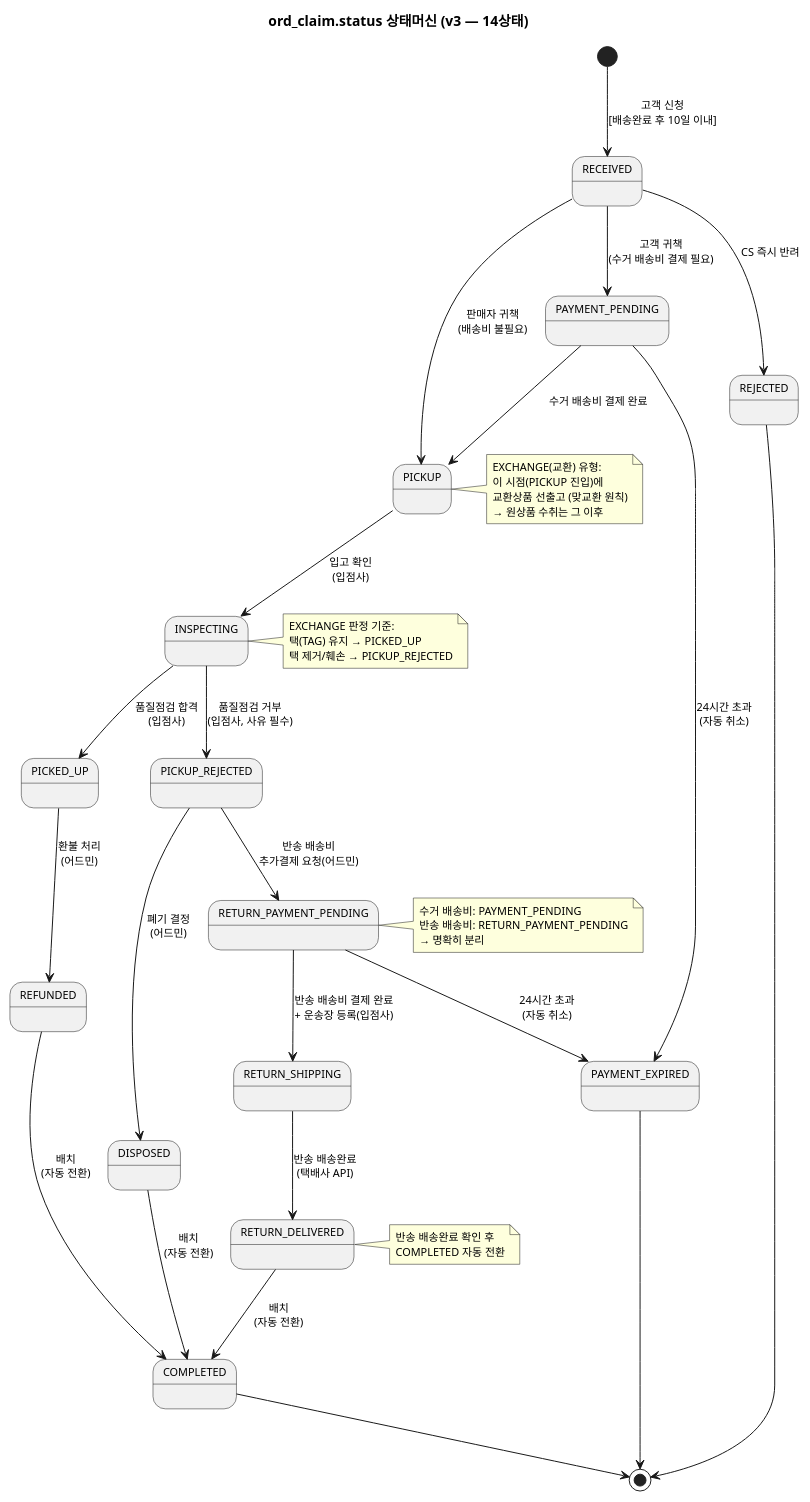
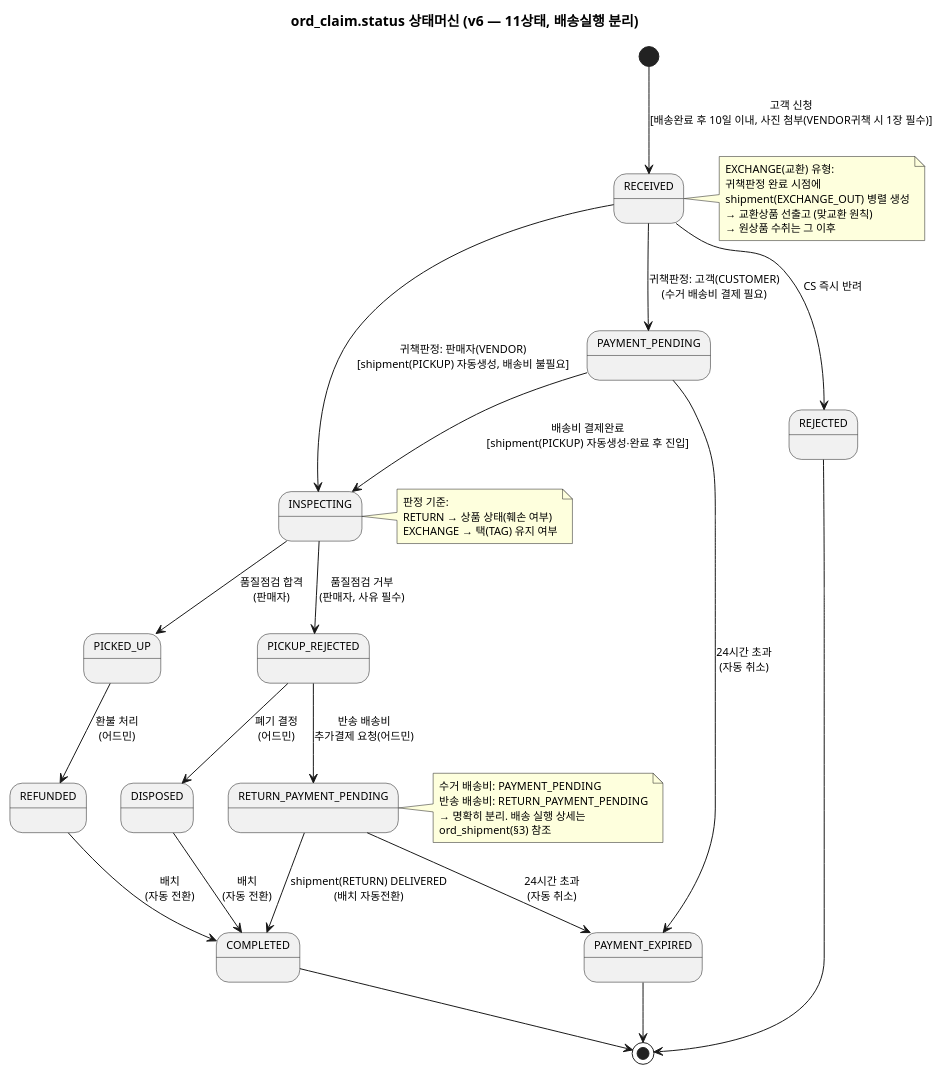
Before and after one commit to parknahyun/runNShop: the second of 3 diagrams in docs/자산화-단계별/S2-구조설계/10-상태머신(Order).md, drawn with PlantUML. The commit also changed other lines of this file and 14 other files, not shown here.

First line of the commit message:
docs: Order 배송/클레임 상태머신 배송실행 분리(v6) + 바텀업 재검증 2라운드

````diff
--- a/docs/자산화-단계별/S2-구조설계/10-상태머신(Order).md
+++ b/docs/자산화-단계별/S2-구조설계/10-상태머신(Order).md
@@ -154,64 +157,56 @@
 ```plantuml
 @startuml
 skinparam backgroundColor transparent
 skinparam defaultFontSize 11
-title ord_claim.status 상태머신 (v3 — 14상태)
+title ord_claim.status 상태머신 (v6 — 11상태, 배송실행 분리)
 
-[*] --> RECEIVED : 고객 신청\n[배송완료 후 10일 이내]
+[*] --> RECEIVED : 고객 신청\n[배송완료 후 10일 이내, 사진 첨부(VENDOR귀책 시 1장 필수)]
 
-RECEIVED --> PAYMENT_PENDING : 고객 귀책\n(수거 배송비 결제 필요)
-RECEIVED --> PICKUP : 판매자 귀책\n(배송비 불필요)
+RECEIVED --> PAYMENT_PENDING : 귀책판정: 고객(CUSTOMER)\n(수거 배송비 결제 필요)
+RECEIVED --> INSPECTING : 귀책판정: 판매자(VENDOR)\n[shipment(PICKUP) 자동생성, 배송비 불필요]
 RECEIVED --> REJECTED : CS 즉시 반려
 
-PAYMENT_PENDING --> PICKUP : 수거 배송비 결제 완료
+PAYMENT_PENDING --> INSPECTING : 배송비 결제완료\n[shipment(PICKUP) 자동생성·완료 후 진입]
 PAYMENT_PENDING --> PAYMENT_EXPIRED : 24시간 초과\n(자동 취소)
 
-PICKUP --> INSPECTING : 입고 확인\n(입점사)
-
-INSPECTING --> PICKED_UP : 품질점검 합격\n(입점사)
-INSPECTING --> PICKUP_REJECTED : 품질점검 거부\n(입점사, 사유 필수)
-
-note right of PICKUP
+note right of RECEIVED
   EXCHANGE(교환) 유형:
-  이 시점(PICKUP 진입)에
-  교환상품 선출고 (맞교환 원칙)
+  귀책판정 완료 시점에
+  shipment(EXCHANGE_OUT) 병렬 생성
+  → 교환상품 선출고 (맞교환 원칙)
   → 원상품 수취는 그 이후
 end note
 
+INSPECTING --> PICKED_UP : 품질점검 합격\n(판매자)
+INSPECTING --> PICKUP_REJECTED : 품질점검 거부\n(판매자, 사유 필수)
+
 note right of INSPECTING
-  EXCHANGE 판정 기준:
-  택(TAG) 유지 → PICKED_UP
-  택 제거/훼손 → PICKUP_REJECTED
+  판정 기준:
+  RETURN → 상품 상태(훼손 여부)
+  EXCHANGE → 택(TAG) 유지 여부
 end note
 
 PICKED_UP --> REFUNDED : 환불 처리\n(어드민)
 
 PICKUP_REJECTED --> DISPOSED : 폐기 결정\n(어드민)
 PICKUP_REJECTED --> RETURN_PAYMENT_PENDING : 반송 배송비\n추가결제 요청(어드민)
 
-RETURN_PAYMENT_PENDING --> RETURN_SHIPPING : 반송 배송비 결제 완료\n+ 운송장 등록(입점사)
+RETURN_PAYMENT_PENDING --> COMPLETED : shipment(RETURN) DELIVERED\n(배치 자동전환)
 RETURN_PAYMENT_PENDING --> PAYMENT_EXPIRED : 24시간 초과\n(자동 취소)
 
-RETURN_SHIPPING --> RETURN_DELIVERED : 반송 배송완료\n(택배사 API)
-
-RETURN_DELIVERED --> COMPLETED : 배치\n(자동 전환)
 REFUNDED --> COMPLETED : 배치\n(자동 전환)
 DISPOSED --> COMPLETED : 배치\n(자동 전환)
 
 COMPLETED --> [*]
 REJECTED --> [*]
 PAYMENT_EXPIRED --> [*]
 
 note right of RETURN_PAYMENT_PENDING
   수거 배송비: PAYMENT_PENDING
   반송 배송비: RETURN_PAYMENT_PENDING
-  → 명확히 분리
-end note
-
-note right of RETURN_DELIVERED
-  반송 배송완료 확인 후
-  COMPLETED 자동 전환
+  → 명확히 분리. 배송 실행 상세는
+  ord_shipment(§3) 참조
 end note
 
 @enduml
 ```
````
